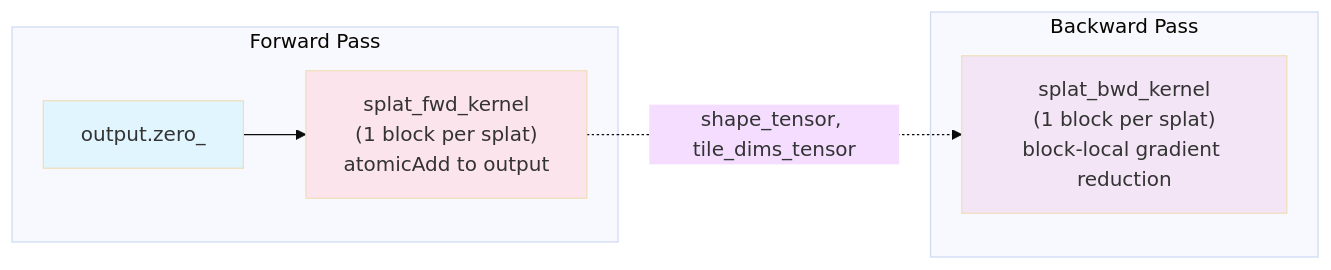
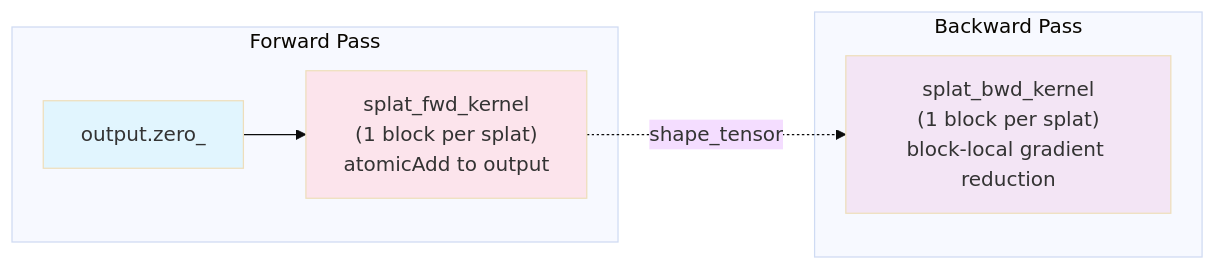
Before and after one commit to royerlab/luxar: the diagram in packages/luxar/src/luxar/gsplats/models/gsplats/cuda/SPECIFICATIONS.md, drawn with Mermaid (base theme). The commit also changed other lines of this file and 35 other files, not shown here.

First line of the commit message:
refactor: replace tile-based CUDA pipeline with splat-centric architecture + demo roundtrip visualization

````diff
--- a/packages/luxar/src/luxar/gsplats/models/gsplats/cuda/SPECIFICATIONS.md
+++ b/packages/luxar/src/luxar/gsplats/models/gsplats/cuda/SPECIFICATIONS.md
@@ -606,16 +436,16 @@
 ```mermaid
 graph LR
     subgraph Forward Pass
         A[output.zero_] --> B["splat_fwd_kernel<br/>(1 block per splat)<br/>atomicAdd to output"]
     end
 
     subgraph Backward Pass
         C["splat_bwd_kernel<br/>(1 block per splat)<br/>block-local gradient reduction"]
     end
 
-    B -.->|shape_tensor, tile_dims_tensor| C
+    B -.->|shape_tensor| C
 
     style A fill:#e1f5fe
     style B fill:#fce4ec
     style C fill:#f3e5f5
 ```
````
